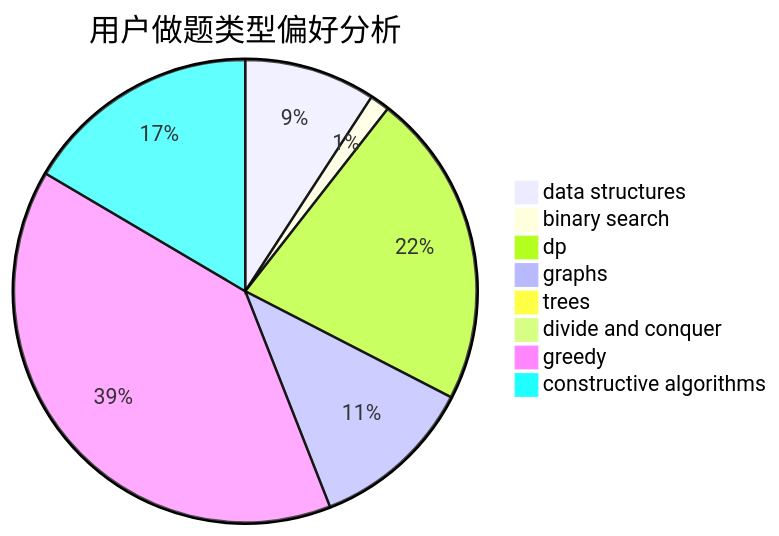
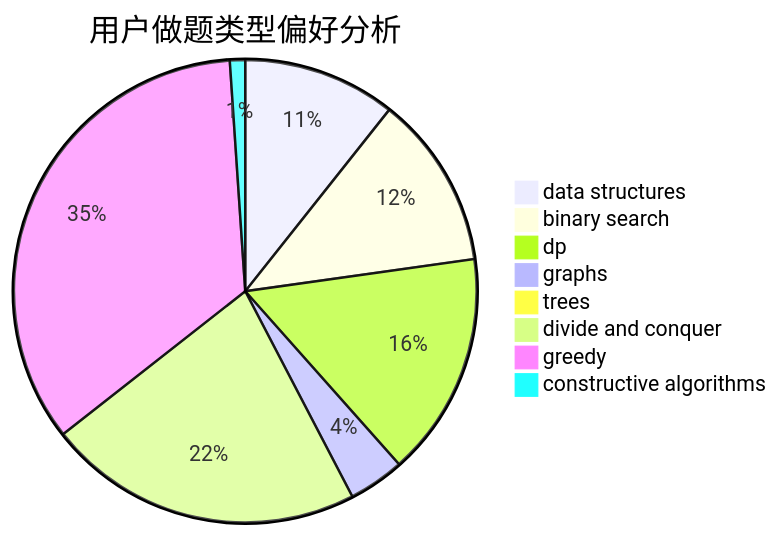
One commit to sherpahu/cfrs.github.io changed the second of 3 diagrams in docs/user/u717.md. Above: the diagram before and after it, drawn with Mermaid. The commit also changed other lines of this file and 2770 other files, not shown here.

````diff
--- a/docs/user/u717.md
+++ b/docs/user/u717.md
@@ -23,11 +23,11 @@
 ```mermaid
 pie title 用户做题类型偏好分析
-    "data structures" :  20
-    "binary search" :  3
-    "dp" :  48
-    "graphs" :  25
+    "data structures" :  30
+    "binary search" :  34
+    "dp" :  44
+    "graphs" :  11
     "trees" :  0
-    "divide and conquer" :  0
-    "greedy" :  86
-    "constructive algorithms" :  36
+    "divide and conquer" :  62
+    "greedy" :  97
+    "constructive algorithms" :  3
 ```
````
